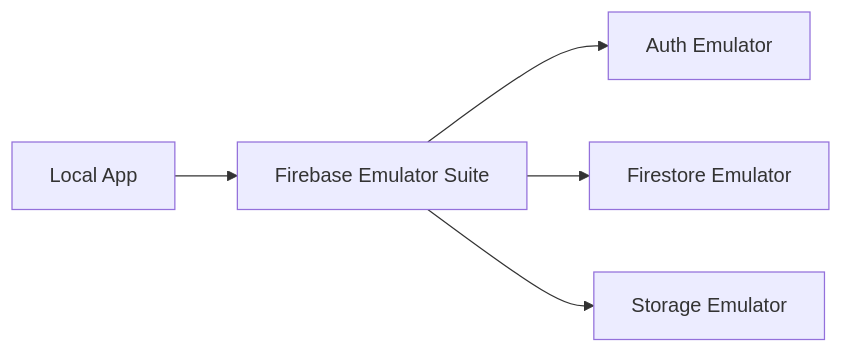
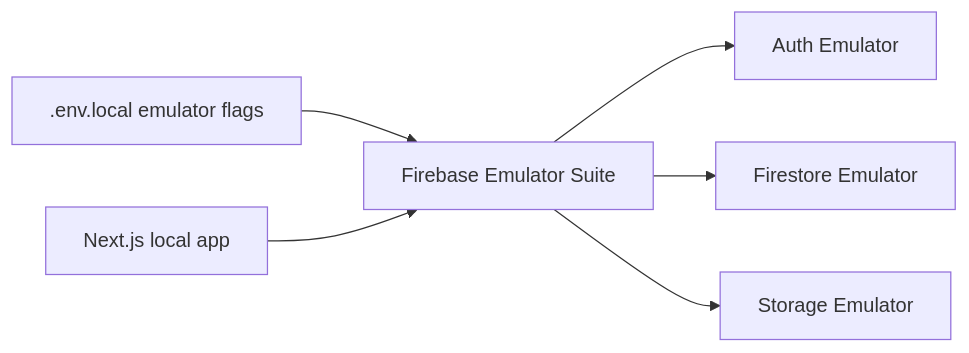
One commit to 369sup/worksync-hr changed the diagram in docs/04-infrastructure/firebase-emulator.md. Above: the diagram before and after it, drawn with Mermaid. The commit also changed other lines of this file and 39 other files, not shown here.

Commit message:
docs: strengthen architecture and process docs

````diff
--- a/docs/04-infrastructure/firebase-emulator.md
+++ b/docs/04-infrastructure/firebase-emulator.md
@@ -7,7 +7,8 @@
 ```mermaid
 flowchart LR
-  DEV[Local App] --> EMU[Firebase Emulator Suite]
+  ENV[.env.local emulator flags] --> EMU[Firebase Emulator Suite]
   EMU --> AUTH[Auth Emulator]
   EMU --> FS[Firestore Emulator]
   EMU --> ST[Storage Emulator]
+  APP[Next.js local app] --> EMU
 ```
````
